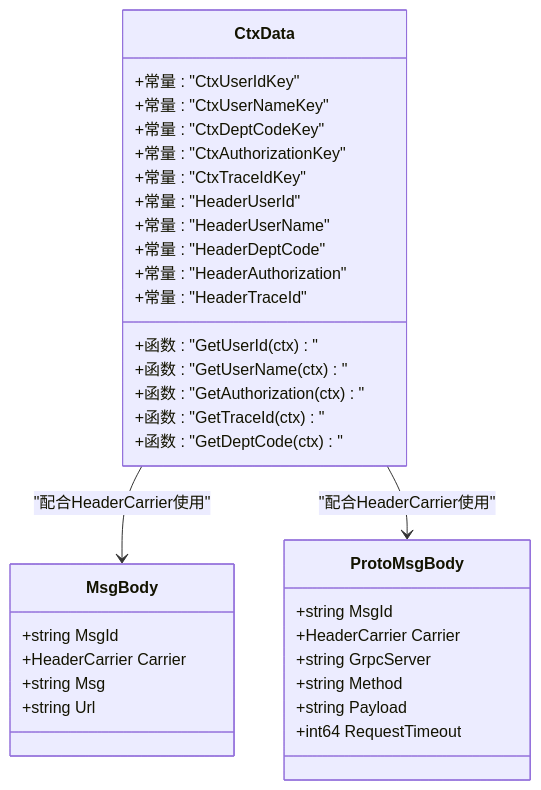
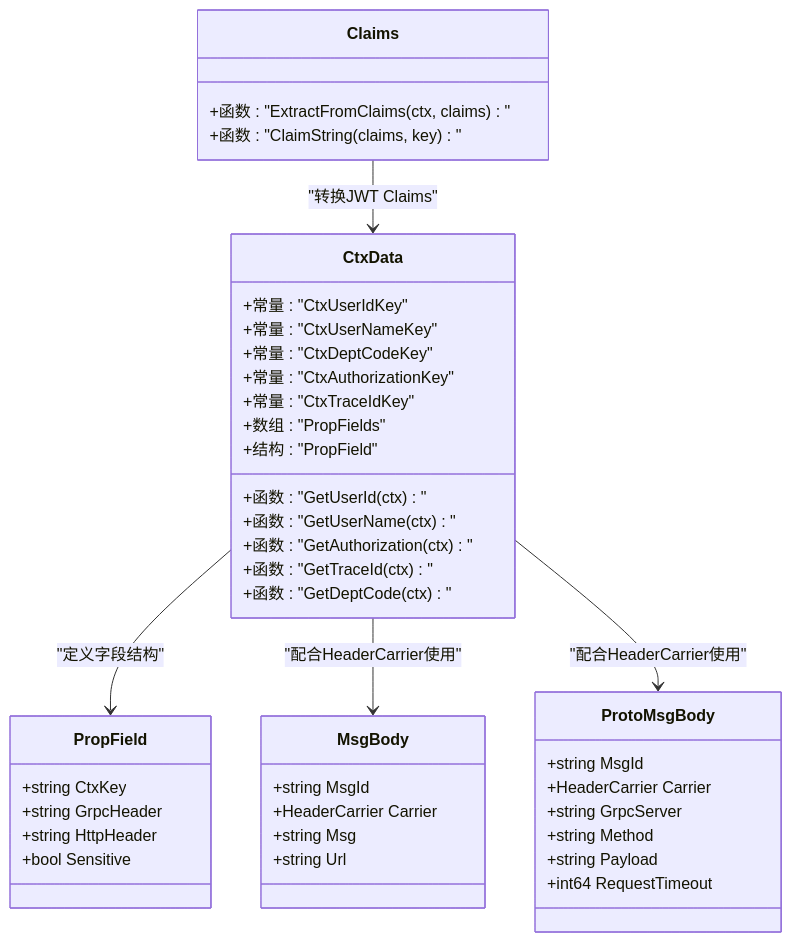
The third of 5 diagrams in .qoder/repowiki/zh/content/公共组件库/工具组件/上下文执行工具/上下文数据管理.md (maomao94/zero-service), drawn with Mermaid before and after one commit. The commit also changed other lines of this file and 19 other files, not shown here.

````diff
--- a/.qoder/repowiki/zh/content/公共组件库/工具组件/上下文执行工具/上下文数据管理.md
+++ b/.qoder/repowiki/zh/content/公共组件库/工具组件/上下文执行工具/上下文数据管理.md
@@ -147,36 +207,45 @@
 ```mermaid
 classDiagram
 class CtxData {
 +常量 : "CtxUserIdKey"
 +常量 : "CtxUserNameKey"
 +常量 : "CtxDeptCodeKey"
 +常量 : "CtxAuthorizationKey"
 +常量 : "CtxTraceIdKey"
-+常量 : "HeaderUserId"
-+常量 : "HeaderUserName"
-+常量 : "HeaderDeptCode"
-+常量 : "HeaderAuthorization"
-+常量 : "HeaderTraceId"
++数组 : "PropFields"
++结构 : "PropField"
 +函数 : "GetUserId(ctx)"
 +函数 : "GetUserName(ctx)"
 +函数 : "GetAuthorization(ctx)"
 +函数 : "GetTraceId(ctx)"
 +函数 : "GetDeptCode(ctx)"
+}
+class PropField {
++string CtxKey
++string GrpcHeader
++string HttpHeader
++bool Sensitive
 }
 class MsgBody {
 +string MsgId
 +HeaderCarrier Carrier
 +string Msg
 +string Url
 }
 class ProtoMsgBody {
 +string MsgId
 +HeaderCarrier Carrier
 +string GrpcServer
 +string Method
 +string Payload
 +int64 RequestTimeout
 }
+class Claims {
++函数 : "ExtractFromClaims(ctx, claims)"
++函数 : "ClaimString(claims, key)"
+}
+CtxData --> PropField : "定义字段结构"
 CtxData --> MsgBody : "配合HeaderCarrier使用"
 CtxData --> ProtoMsgBody : "配合HeaderCarrier使用"
+Claims --> CtxData : "转换JWT Claims"
 ```
````
